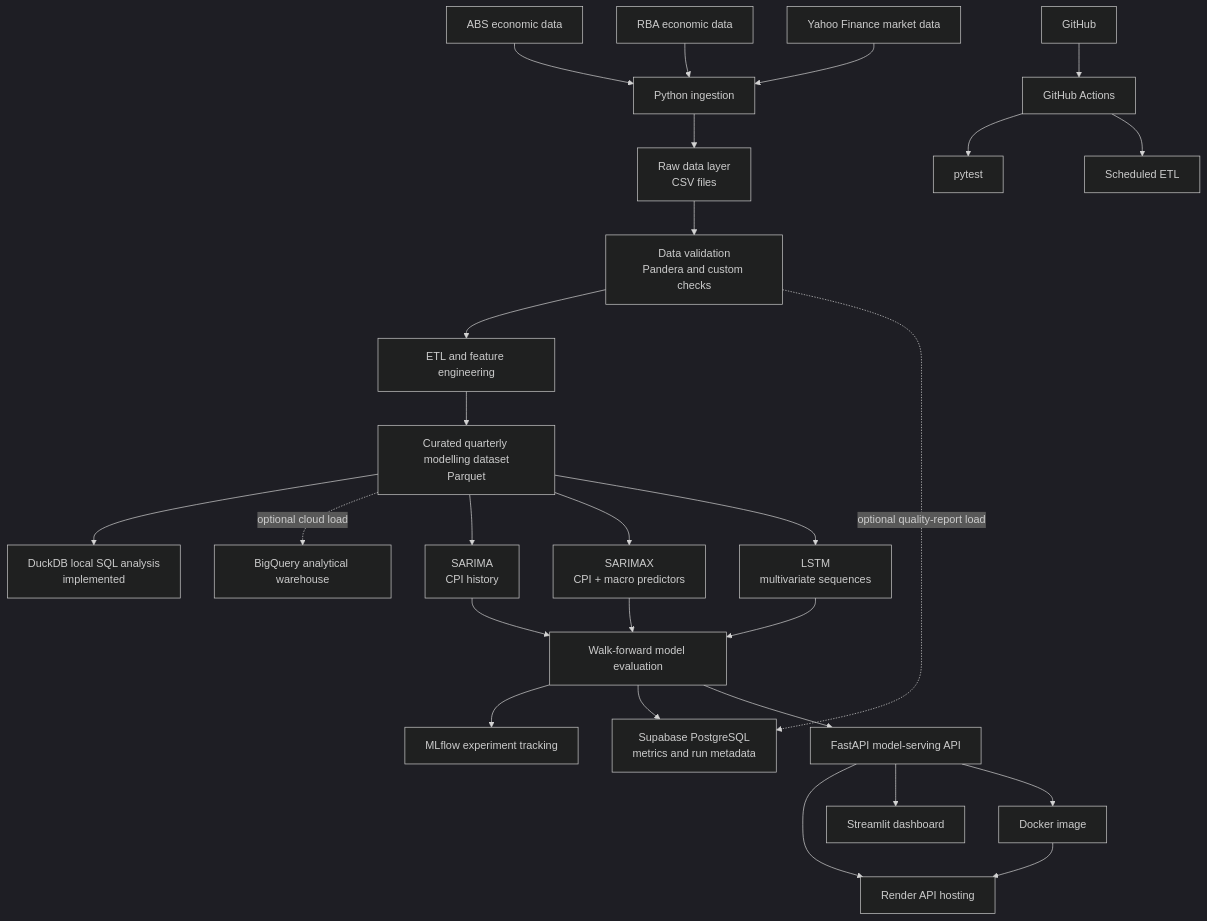
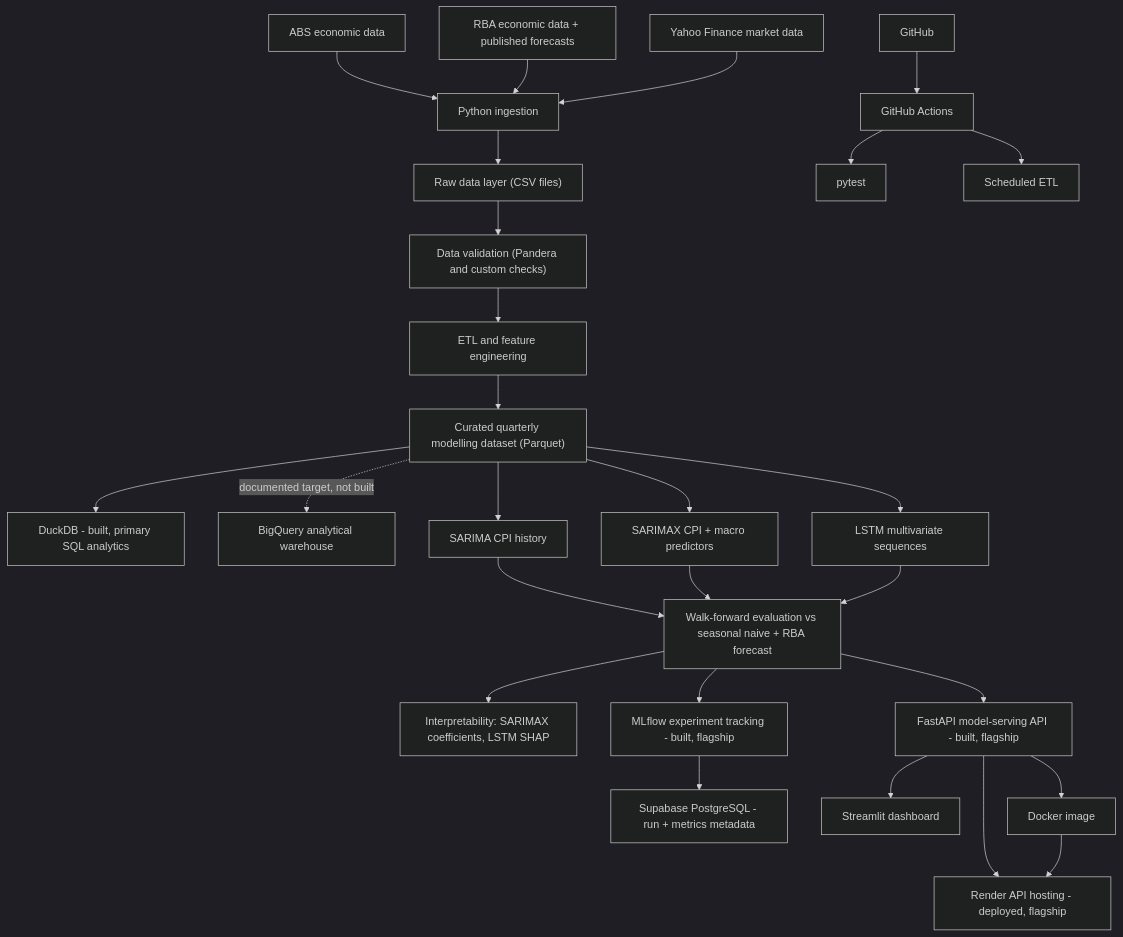
Before and after one commit to JuanVu1810/Australian-CPI-Forecast: the diagram in PROJECT_ARCHITECTURE.md, drawn with Mermaid (dark theme). The commit also changed other lines of this file and 1 other file, not shown here.

````diff
--- a/PROJECT_ARCHITECTURE.md
+++ b/PROJECT_ARCHITECTURE.md
@@ -112,34 +202,34 @@
 ```mermaid
 flowchart TD
-    ABS[ABS economic data] --> INGEST[Python ingestion]
-    RBA[RBA economic data] --> INGEST
-    YF[Yahoo Finance market data] --> INGEST
+    ABS["ABS economic data"] --> INGEST["Python ingestion"]
+    RBA["RBA economic data + published forecasts"] --> INGEST
+    YF["Yahoo Finance market data"] --> INGEST
 
-    INGEST --> RAW[Raw data layer<br/>CSV files]
-    RAW --> VALIDATE[Data validation<br/>Pandera and custom checks]
-    VALIDATE --> ETL[ETL and feature engineering]
-    ETL --> CURATED[Curated quarterly modelling dataset<br/>Parquet]
+    INGEST --> RAW["Raw data layer (CSV files)"]
+    RAW --> VALIDATE["Data validation (Pandera and custom checks)"]
+    VALIDATE --> ETL["ETL and feature engineering"]
+    ETL --> CURATED["Curated quarterly modelling dataset (Parquet)"]
 
-    CURATED --> DUCKDB[DuckDB local SQL analysis<br/>implemented]
-    CURATED -. optional cloud load .-> BQ[BigQuery analytical warehouse]
+    CURATED --> DUCKDB["DuckDB - built, primary SQL analytics"]
+    CURATED -. "documented target, not built" .-> BQ["BigQuery analytical warehouse"]
 
-    CURATED --> SARIMA[SARIMA<br/>CPI history]
-    CURATED --> SARIMAX[SARIMAX<br/>CPI + macro predictors]
-    CURATED --> LSTM[LSTM<br/>multivariate sequences]
-    SARIMA --> EVAL[Walk-forward model evaluation]
+    CURATED --> SARIMA["SARIMA CPI history"]
+    CURATED --> SARIMAX["SARIMAX CPI + macro predictors"]
+    CURATED --> LSTM["LSTM multivariate sequences"]
+    SARIMA --> EVAL["Walk-forward evaluation vs seasonal naive + RBA forecast"]
     SARIMAX --> EVAL
     LSTM --> EVAL
+    EVAL --> INTERP["Interpretability: SARIMAX coefficients, LSTM SHAP"]
 
-    EVAL --> MLFLOW[MLflow experiment tracking]
-    VALIDATE -. optional quality-report load .-> POSTGRES[Supabase PostgreSQL<br/>metrics and run metadata]
-    EVAL --> POSTGRES
-    EVAL --> API[FastAPI model-serving API]
-    API --> RENDER[Render API hosting]
-    API --> STREAMLIT[Streamlit dashboard]
+    EVAL --> MLFLOW["MLflow experiment tracking - built, flagship"]
+    MLFLOW --> POSTGRES["Supabase PostgreSQL - run + metrics metadata"]
+    EVAL --> API["FastAPI model-serving API - built, flagship"]
+    API --> RENDER["Render API hosting - deployed, flagship"]
+    API --> STREAMLIT["Streamlit dashboard"]
 
-    GITHUB[GitHub] --> ACTIONS[GitHub Actions]
-    ACTIONS --> TESTS[pytest]
-    ACTIONS --> SCHEDULE[Scheduled ETL]
-    API --> DOCKER[Docker image]
+    GITHUB["GitHub"] --> ACTIONS["GitHub Actions"]
+    ACTIONS --> TESTS["pytest"]
+    ACTIONS --> SCHEDULE["Scheduled ETL"]
+    API --> DOCKER["Docker image"]
     DOCKER --> RENDER
 ```
````
